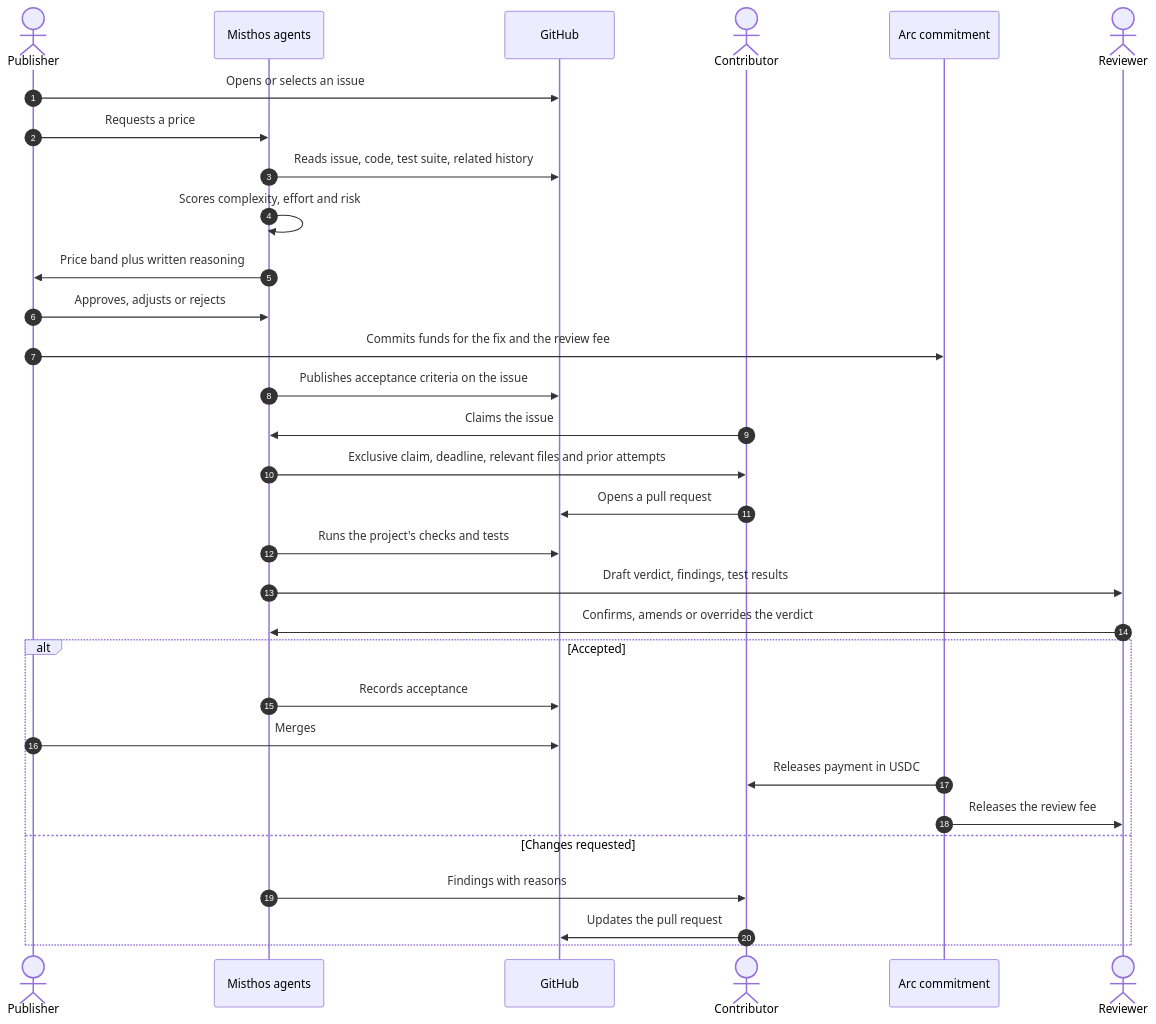
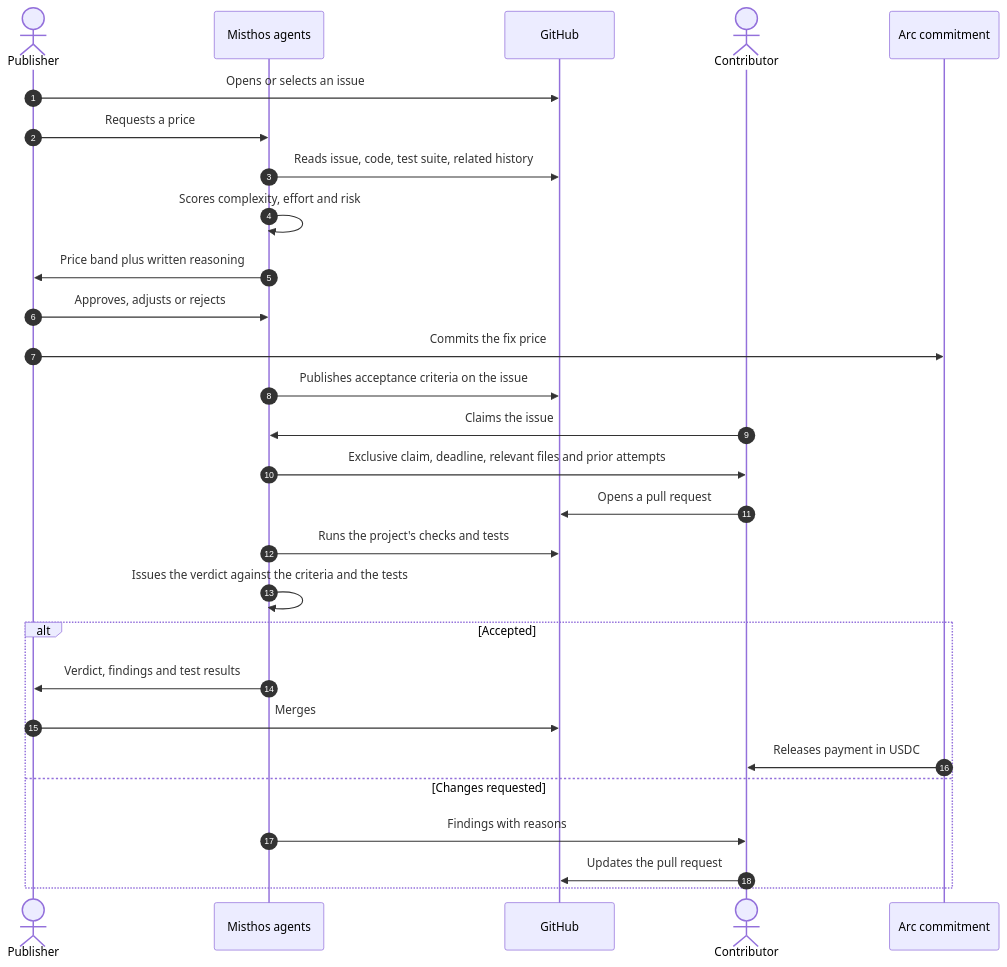
The third of 5 diagrams in docs/misthos/05-how-it-works.md (vanduc2514/hackathon-circle-misthos), drawn with Mermaid before and after one commit. The commit also changed other lines of this file and 27 other files, not shown here.

First line of the commit message:
The platform owns review: drop the reviewer role and the review fee (#3) (#4)

````diff
--- a/docs/misthos/05-how-it-works.md
+++ b/docs/misthos/05-how-it-works.md
@@ -91,34 +89,31 @@
 ```mermaid
 sequenceDiagram
     autonumber
     actor Priya as Publisher
     participant Agent as Misthos agents
     participant GH as GitHub
     actor Amara as Contributor
     participant Escrow as Arc commitment
-    actor Jonas as Reviewer
 
     Priya->>GH: Opens or selects an issue
     Priya->>Agent: Requests a price
     Agent->>GH: Reads issue, code, test suite, related history
     Agent->>Agent: Scores complexity, effort and risk
     Agent->>Priya: Price band plus written reasoning
     Priya->>Agent: Approves, adjusts or rejects
-    Priya->>Escrow: Commits funds for the fix and the review fee
+    Priya->>Escrow: Commits the fix price
     Agent->>GH: Publishes acceptance criteria on the issue
     Amara->>Agent: Claims the issue
     Agent->>Amara: Exclusive claim, deadline, relevant files and prior attempts
     Amara->>GH: Opens a pull request
     Agent->>GH: Runs the project's checks and tests
-    Agent->>Jonas: Draft verdict, findings, test results
-    Jonas->>Agent: Confirms, amends or overrides the verdict
+    Agent->>Agent: Issues the verdict against the criteria and the tests
     alt Accepted
-        Agent->>GH: Records acceptance
+        Agent->>Priya: Verdict, findings and test results
         Priya->>GH: Merges
         Escrow->>Amara: Releases payment in USDC
-        Escrow->>Jonas: Releases the review fee
     else Changes requested
         Agent->>Amara: Findings with reasons
         Amara->>GH: Updates the pull request
     end
 ```
````
